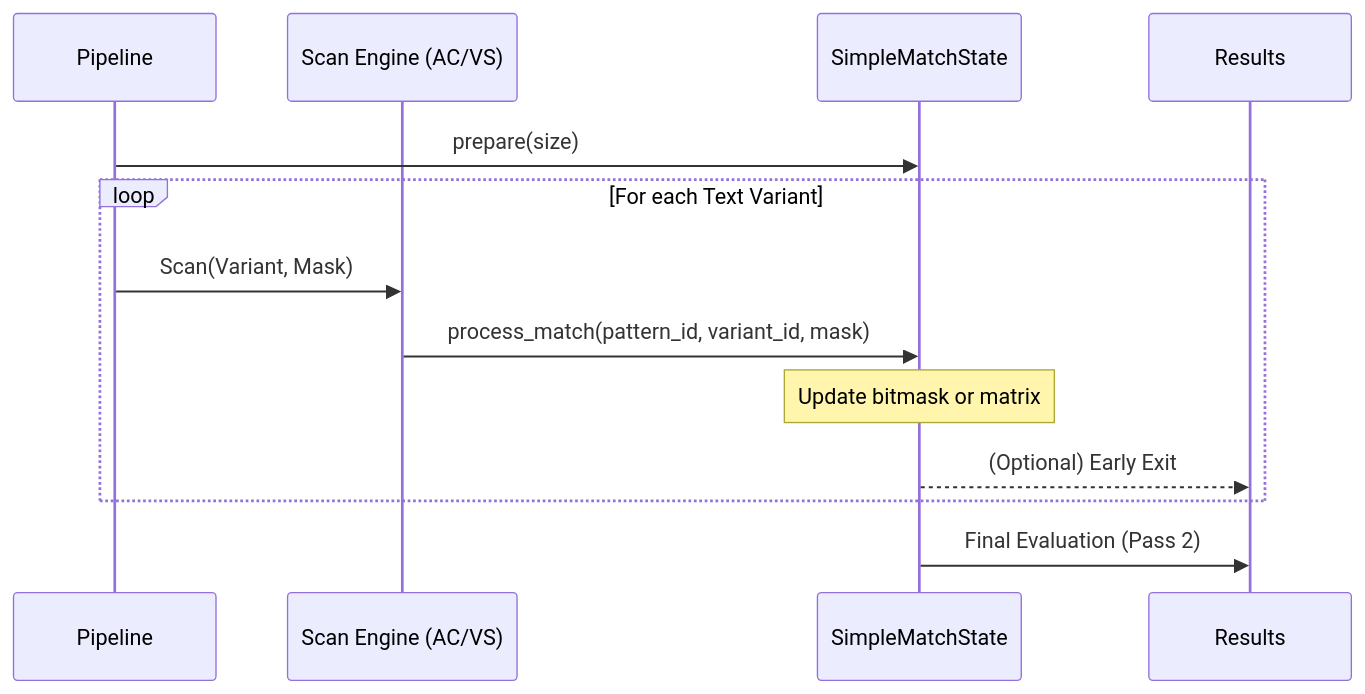
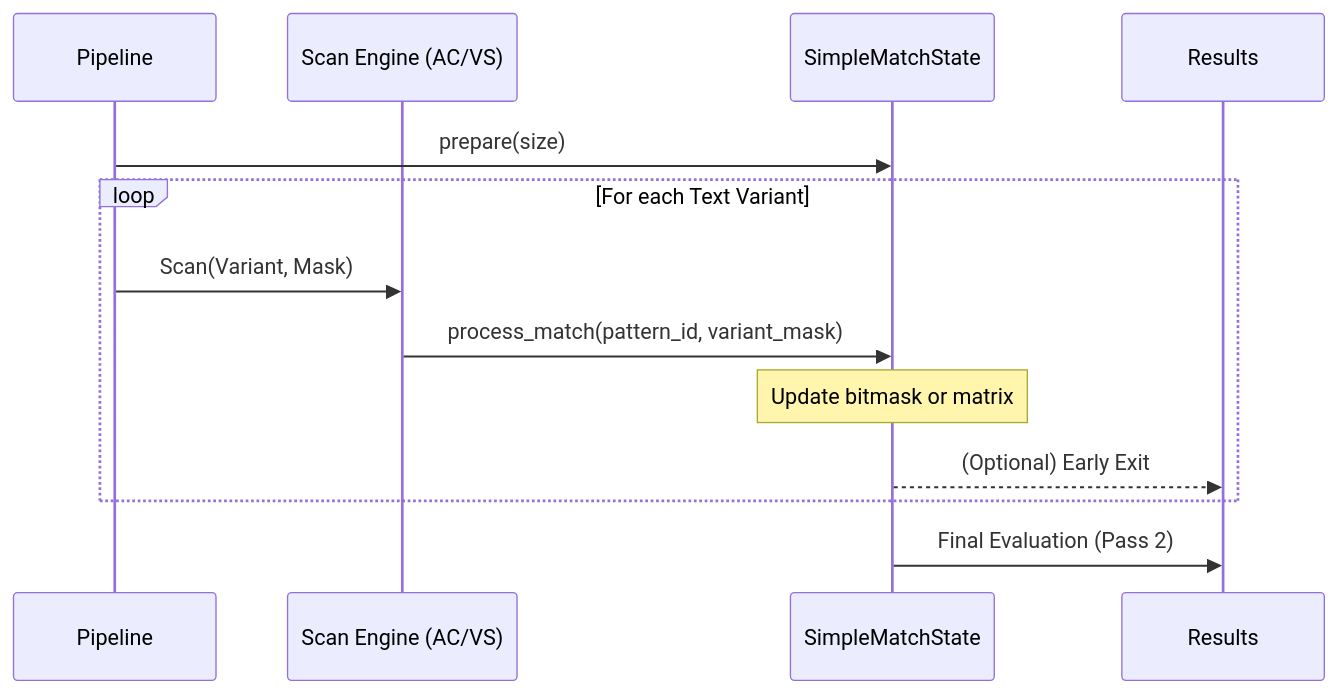
The second of 2 diagrams in DESIGN.md (Lips7/Matcher), drawn with Mermaid before and after one commit. The commit also changed other lines of this file, not shown here.

````diff
--- a/DESIGN.md
+++ b/DESIGN.md
@@ -144,16 +161,16 @@
 ```mermaid
 sequenceDiagram
     participant P as Pipeline
     participant E as Scan Engine (AC/VS)
     participant S as SimpleMatchState
     participant R as Results
-    
+
     P->>S: prepare(size)
     loop For each Text Variant
         P->>E: Scan(Variant, Mask)
-        E->>S: process_match(pattern_id, variant_id, mask)
+        E->>S: process_match(pattern_id, variant_mask)
         Note over S: Update bitmask or matrix
         S-->>R: (Optional) Early Exit
     end
     S->>R: Final Evaluation (Pass 2)
 ```
````
